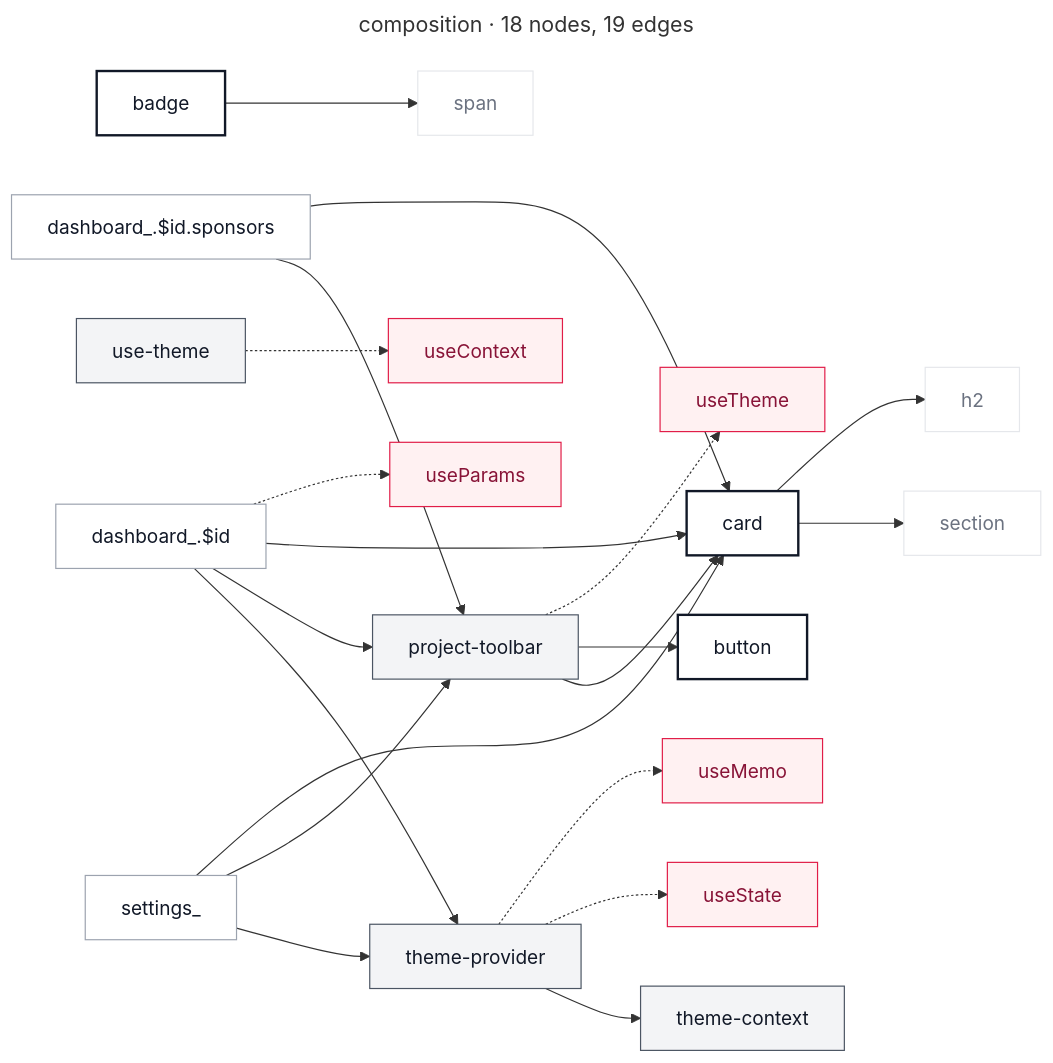
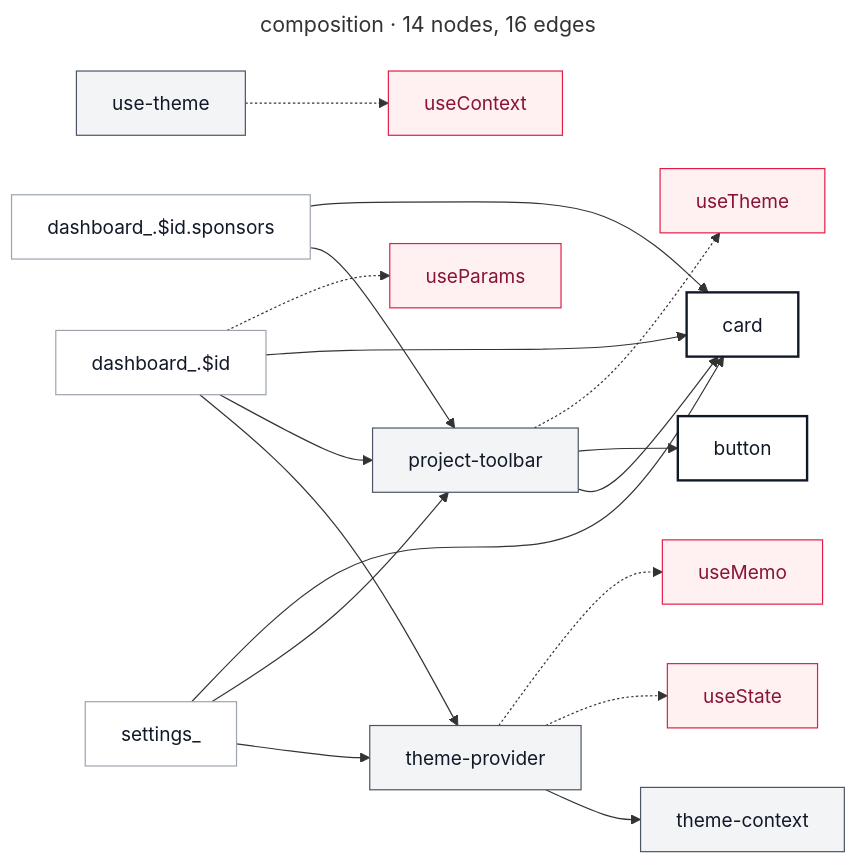
The diagram in examples/self/tools/ui-catalog/diagrams/composition.mmd (autotelic/tackle), drawn with Mermaid before and after one commit. The commit also changed 14 other files, not shown here.

```diff
--- a/examples/self/tools/ui-catalog/diagrams/composition.mmd
+++ b/examples/self/tools/ui-catalog/diagrams/composition.mmd
@@ -1,50 +1,41 @@
 ---
-title: composition · 18 nodes, 19 edges
+title: composition · 14 nodes, 16 edges
 ---
 flowchart LR
-  n0["badge"]
-  n1["span"]
-  n2["button"]
-  n3["card"]
-  n4["h2"]
-  n5["section"]
-  n6["project-toolbar"]
-  n7["useTheme"]
-  n8["theme-context"]
-  n9["theme-provider"]
-  n10["useMemo"]
-  n11["useState"]
-  n12["use-theme"]
-  n13["useContext"]
-  n14["dashboard_.$id"]
-  n15["useParams"]
-  n16["dashboard_.$id.sponsors"]
-  n17["settings_"]
-  n0 --> n1
-  n3 --> n4
-  n3 --> n5
+  n1["button"]
+  n2["card"]
+  n3["project-toolbar"]
+  n4["useTheme"]
+  n5["theme-context"]
+  n6["theme-provider"]
+  n7["useMemo"]
+  n8["useState"]
+  n9["use-theme"]
+  n10["useContext"]
+  n11["dashboard_.$id"]
+  n12["useParams"]
+  n13["dashboard_.$id.sponsors"]
+  n14["settings_"]
+  n3 -.-> n4
+  n3 --> n1
+  n3 --> n2
   n6 -.-> n7
-  n6 --> n2
-  n6 --> n3
+  n6 -.-> n8
+  n6 --> n5
   n9 -.-> n10
-  n9 -.-> n11
-  n9 --> n8
-  n12 -.-> n13
-  n14 -.-> n15
+  n11 -.-> n12
+  n11 --> n2
+  n11 --> n3
+  n11 --> n6
+  n13 --> n2
+  n13 --> n3
+  n14 --> n2
   n14 --> n3
   n14 --> n6
-  n14 --> n9
-  n16 --> n3
-  n16 --> n6
-  n17 --> n3
-  n17 --> n6
-  n17 --> n9
-  class n7,n10,n11,n13,n15 hook
-  class n1,n4,n5 part
-  class n0,n2,n3 primitive
-  class n6,n8,n9,n12 shared
+  class n4,n7,n8,n10,n12 hook
+  class n1,n2 primitive
+  class n3,n5,n6,n9 shared
   classDef default fill:#ffffff,stroke:#9ca3af,color:#111827;
   classDef hook fill:#fff1f2,stroke:#e11d48,color:#881337;
-  classDef part fill:#ffffff,stroke:#e5e7eb,color:#6b7280;
   classDef primitive fill:#ffffff,stroke:#111827,stroke-width:2px,color:#111827;
   classDef shared fill:#f3f4f6,stroke:#4b5563,color:#111827;
```
